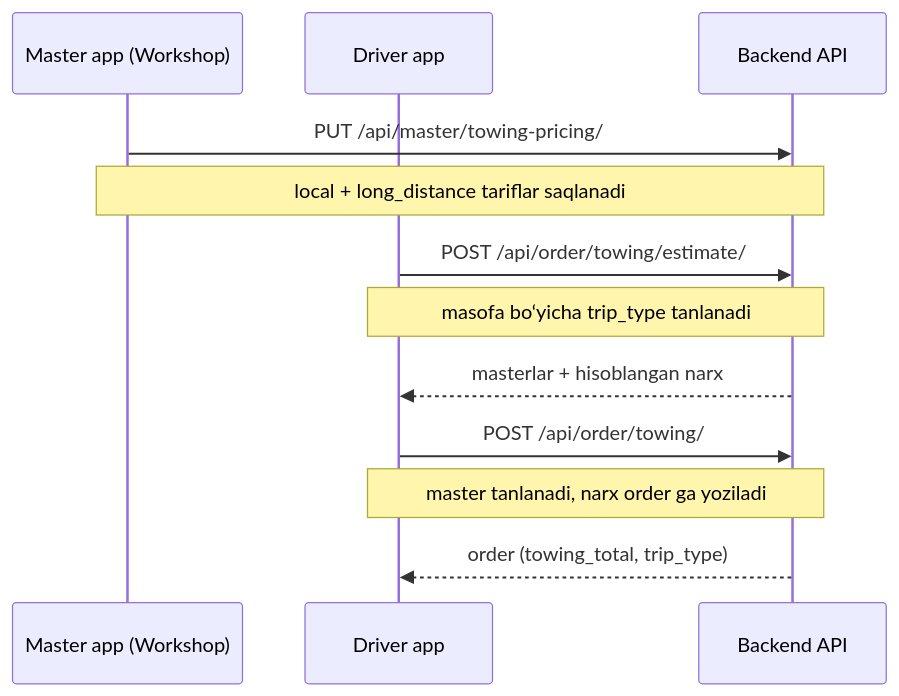
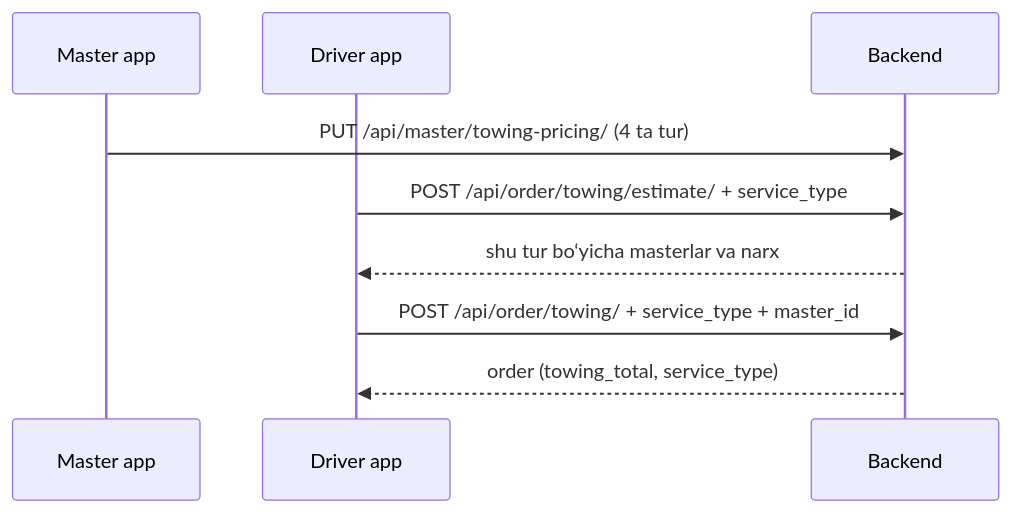
The diagram in docs/TOWING.md (bobojonov-sobirjon/AutoHandy), drawn with Mermaid before and after one commit. The commit also changed other lines of this file and 24 other files, not shown here.

````diff
--- a/docs/TOWING.md
+++ b/docs/TOWING.md
@@ -12,17 +37,12 @@
 ```mermaid
 sequenceDiagram
-    participant Master as Master app (Workshop)
+    participant Master as Master app
     participant Driver as Driver app
-    participant API as Backend API
+    participant API as Backend
 
-    Master->>API: PUT /api/master/towing-pricing/
-    Note over Master,API: local + long_distance tariflar saqlanadi
-
-    Driver->>API: POST /api/order/towing/estimate/
-    Note over Driver,API: masofa bo‘yicha trip_type tanlanadi
-    API-->>Driver: masterlar + hisoblangan narx
-
-    Driver->>API: POST /api/order/towing/
-    Note over Driver,API: master tanlanadi, narx order ga yoziladi
-    API-->>Driver: order (towing_total, trip_type)
+    Master->>API: PUT /api/master/towing-pricing/ (4 ta tur)
+    Driver->>API: POST /api/order/towing/estimate/ + service_type
+    API-->>Driver: shu tur bo‘yicha masterlar va narx
+    Driver->>API: POST /api/order/towing/ + service_type + master_id
+    API-->>Driver: order (towing_total, service_type)
 ```
````
